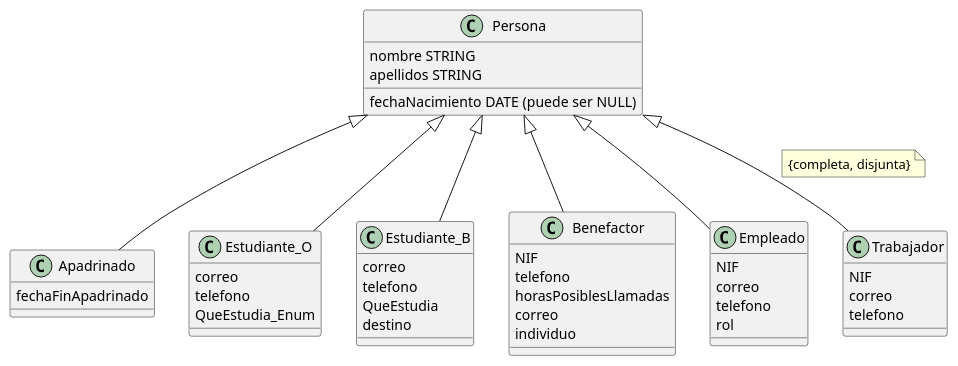
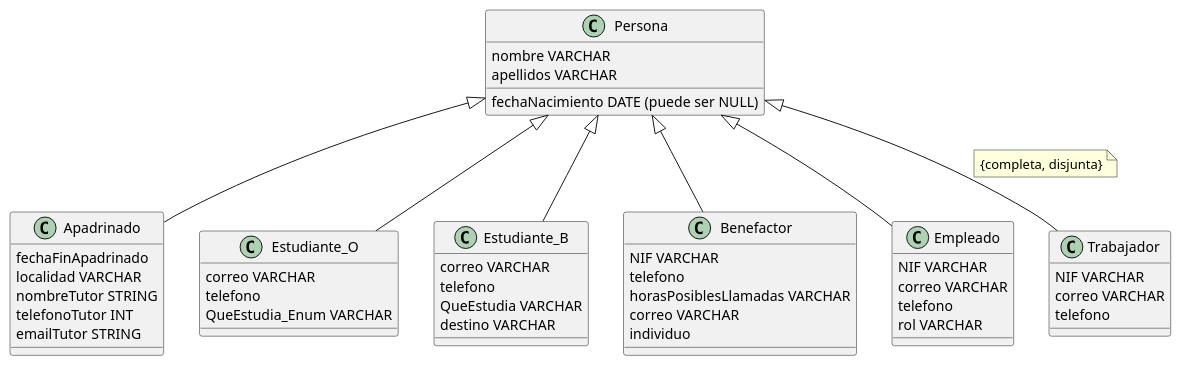
The diagram in persona.puml (albporfer1-64/Grupo_Proyecto_DB), drawn with PlantUML before and after one commit. The commit also changed 1 other file, not shown here.

Commit message:
Añadimos enum valoraciones y cambios suculentos

```diff
--- a/persona.puml
+++ b/persona.puml
@@ -1,54 +1,58 @@
 class Persona{
-    nombre STRING
-    apellidos STRING
+    nombre VARCHAR
+    apellidos VARCHAR
     fechaNacimiento DATE (puede ser NULL)
 }
 
 'Subclases de Persona:
 Persona <|-- Apadrinado
 Persona <|-- Estudiante_O
 Persona <|-- Estudiante_B
 Persona <|-- Benefactor
 Persona <|-- Empleado
 Persona <|-- Trabajador
 
 'Restricción de cobertura:
 note on link : {completa, disjunta}
 
 class Trabajador{
-    NIF
-    correo
+    NIF VARCHAR
+    correo VARCHAR
     telefono
 }
 
 class Empleado{
-    NIF
-    correo
+    NIF VARCHAR
+    correo VARCHAR
     telefono
-    rol
+    rol VARCHAR
 }
 
 class Benefactor{
-    NIF
+    NIF VARCHAR
     telefono
-    horasPosiblesLlamadas
-    correo
+    horasPosiblesLlamadas VARCHAR
+    correo VARCHAR
     individuo  
 }
 
 class Estudiante_B{
-    correo
+    correo VARCHAR
     telefono
-    QueEstudia
-    destino
+    QueEstudia VARCHAR
+    destino VARCHAR
 }
 
 class Estudiante_O{
-    correo
+    correo VARCHAR
     telefono
-    QueEstudia_Enum
+    QueEstudia_Enum VARCHAR
 }
 
 class Apadrinado{
     fechaFinApadrinado
+    localidad VARCHAR
+    nombreTutor STRING
+    telefonoTutor INT
+    emailTutor STRING
 }
```
